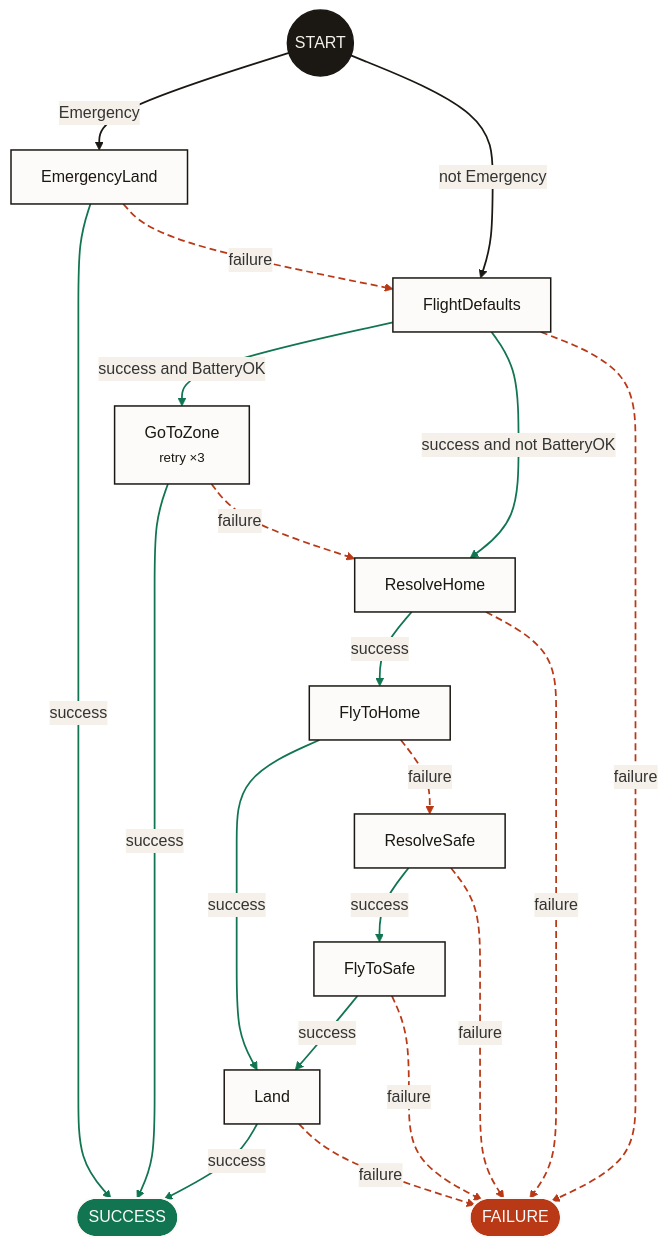
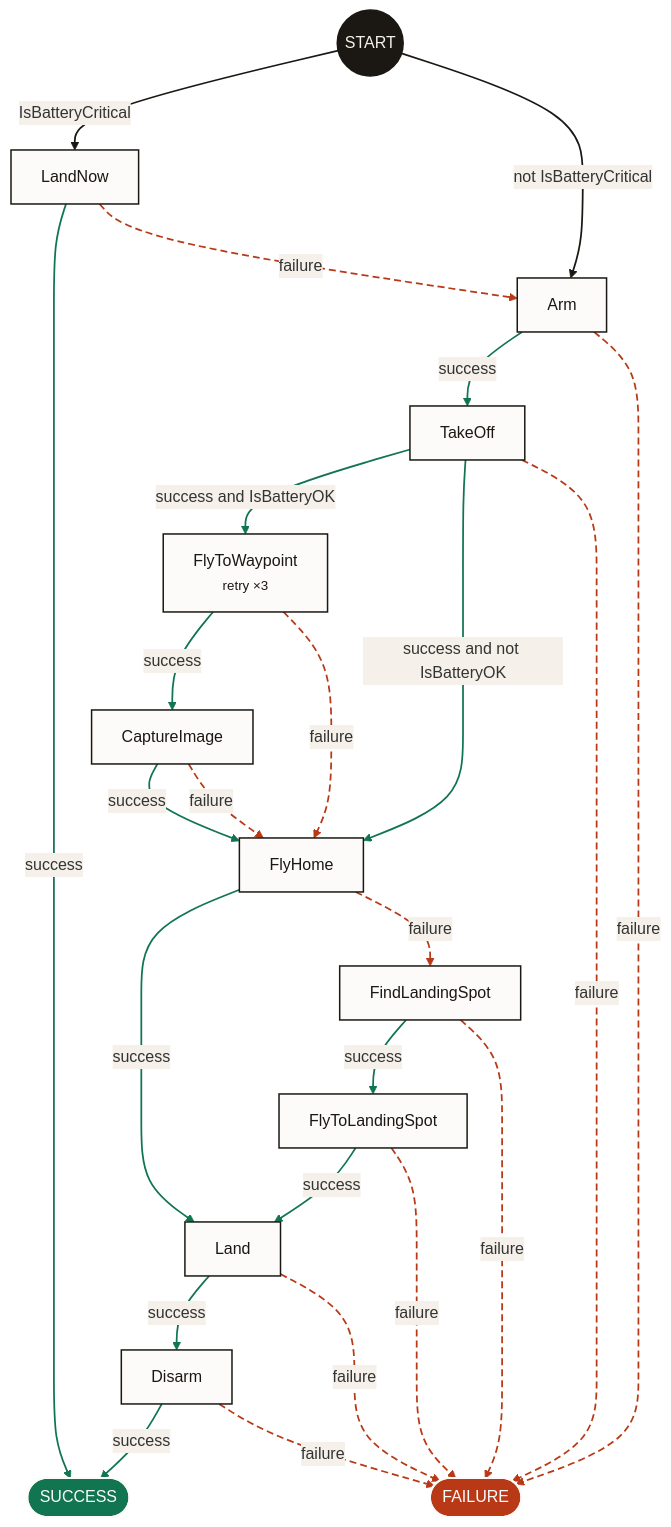
One commit to guilyx/beehave changed the diagram in README.md. Above: the diagram before and after it, drawn with Mermaid. The commit also changed other lines of this file and 13 other files, not shown here.

````diff
--- a/README.md
+++ b/README.md
@@ -50,52 +52,58 @@
 ```mermaid
 ---
 config:
   theme: base
   themeVariables:
     edgeLabelBackground: "#f5f0e9"
     lineColor: "#1b1813"
 ---
-%% Beehave action graph: Mission (btcpp-v3)
+%% Beehave action graph: DroneMission (btcpp-v3)
 flowchart TD
     start(("START"))
-    a1["EmergencyLand"]
-    a2["FlightDefaults"]
-    a3["GoToZone<br/><small>retry ×3</small>"]
-    a4["ResolveHome"]
-    a5["FlyToHome"]
-    a6["ResolveSafe"]
-    a7["FlyToSafe"]
-    a8["Land"]
+    a1["LandNow"]
+    a2["Arm"]
+    a3["TakeOff"]
+    a4["FlyToWaypoint<br/><small>retry ×3</small>"]
+    a5["CaptureImage"]
+    a6["FlyHome"]
+    a7["FindLandingSpot"]
+    a8["FlyToLandingSpot"]
+    a9["Land"]
+    a10["Disarm"]
     success(["SUCCESS"])
     failure(["FAILURE"])
-    start -->|"Emergency"| a1
-    start -->|"not Emergency"| a2
+    start -->|"IsBatteryCritical"| a1
+    start -->|"not IsBatteryCritical"| a2
     a1 -->|"success"| success
     a1 -.->|"failure"| a2
-    a2 -->|"success and BatteryOK"| a3
-    a2 -->|"success and not BatteryOK"| a4
+    a2 -->|"success"| a3
     a2 -.->|"failure"| failure
-    a3 -->|"success"| success
-    a3 -.->|"failure"| a4
+    a3 -->|"success and IsBatteryOK"| a4
+    a3 -->|"success and not IsBatteryOK"| a6
+    a3 -.->|"failure"| failure
     a4 -->|"success"| a5
-    a4 -.->|"failure"| failure
-    a5 -->|"success"| a8
+    a4 -.->|"failure"| a6
+    a5 -->|"success"| a6
     a5 -.->|"failure"| a6
-    a6 -->|"success"| a7
-    a6 -.->|"failure"| failure
+    a6 -->|"success"| a9
+    a6 -.->|"failure"| a7
     a7 -->|"success"| a8
     a7 -.->|"failure"| failure
-    a8 -->|"success"| success
+    a8 -->|"success"| a9
     a8 -.->|"failure"| failure
+    a9 -->|"success"| a10
+    a9 -.->|"failure"| failure
+    a10 -->|"success"| success
+    a10 -.->|"failure"| failure
     classDef start fill:#1b1813,stroke:#1b1813,stroke-width:1.5px,color:#f5f0e9
     classDef action fill:#fdfbf9,stroke:#1b1813,stroke-width:1.5px,color:#1b1813
     classDef success fill:#107550,stroke:#fdfbf9,stroke-width:2px,color:#fdfbf9
     classDef failure fill:#b93917,stroke:#fdfbf9,stroke-width:2px,color:#fdfbf9
     class start start
-    class a1,a2,a3,a4,a5,a6,a7,a8 action
+    class a1,a2,a3,a4,a5,a6,a7,a8,a9,a10 action
     class success success
     class failure failure
     linkStyle 0,1 stroke:#1b1813,stroke-width:1.75px
-    linkStyle 2,4,5,7,9,11,13,15,17 stroke:#107550,stroke-width:1.75px
-    linkStyle 3,6,8,10,12,14,16,18 stroke:#b93917,stroke-width:1.75px,stroke-dasharray:7 4
+    linkStyle 2,4,6,7,9,11,13,15,17,19,21 stroke:#107550,stroke-width:1.75px
+    linkStyle 3,5,8,10,12,14,16,18,20,22 stroke:#b93917,stroke-width:1.75px,stroke-dasharray:7 4
 ```
````
